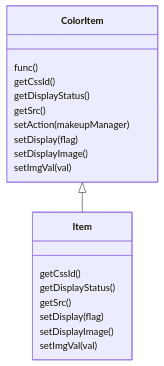
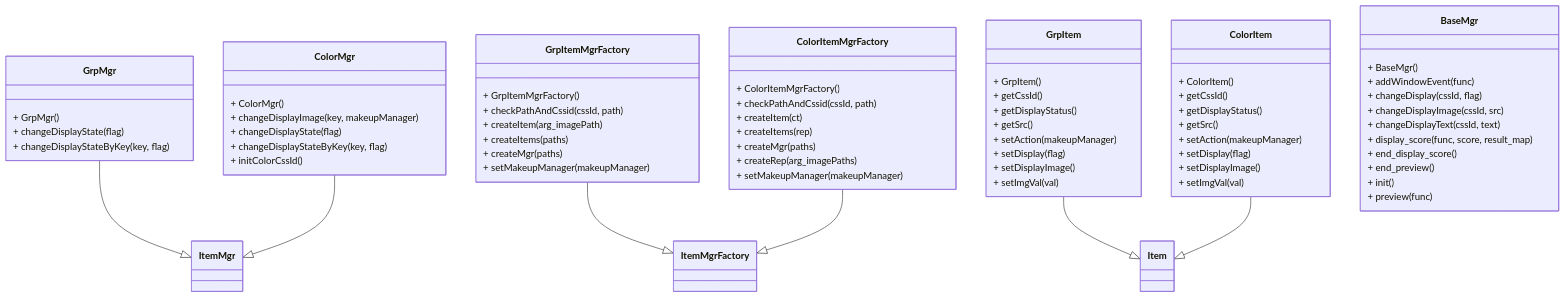
Before and after one commit to data2coordi/pub_makeup: the second of 2 diagrams in README.md, drawn with Mermaid. The commit also changed other lines of this file, not shown here.

````diff
--- a/README.md
+++ b/README.md
@@ -54,24 +26,79 @@
 ```mermaid
 classDiagram
-class ColorItem {
-func()
-getCssId()
-getDisplayStatus()
-getSrc()
-setAction(makeupManager)
-setDisplay(flag)
-setDisplayImage()
-setImgVal(val)
+class GrpMgr {
+  + GrpMgr()
+  + changeDisplayState(flag)
+  + changeDisplayStateByKey(key, flag)
 }
 
-class Item {
-getCssId()
-getDisplayStatus()
-getSrc()
-setDisplay(flag)
-setDisplayImage()
-setImgVal(val)
+class GrpItemMgrFactory {
+  + GrpItemMgrFactory()
+  + checkPathAndCssid(cssId, path)
+  + createItem(arg_imagePath)
+  + createItems(paths)
+  + createMgr(paths)
+  + setMakeupManager(makeupManager)
 }
 
-ColorItem <|-- Item
+class GrpItem {
+  + GrpItem()
+  + getCssId()
+  + getDisplayStatus()
+  + getSrc()
+  + setAction(makeupManager)
+  + setDisplay(flag)
+  + setDisplayImage()
+  + setImgVal(val)
+}
+
+class ColorMgr {
+  + ColorMgr()
+  + changeDisplayImage(key, makeupManager)
+  + changeDisplayState(flag)
+  + changeDisplayStateByKey(key, flag)
+  + initColorCssId()
+}
+
+class ColorItemMgrFactory {
+  + ColorItemMgrFactory()
+  + checkPathAndCssid(cssId, path)
+  + createItem(ct)
+  + createItems(rep)
+  + createMgr(paths)
+  + createRep(arg_imagePaths)
+  + setMakeupManager(makeupManager)
+}
+
+class ColorItem {
+  + ColorItem()
+  + getCssId()
+  + getDisplayStatus()
+  + getSrc()
+  + setAction(makeupManager)
+  + setDisplay(flag)
+  + setDisplayImage()
+  + setImgVal(val)
+}
+
+class BaseMgr {
+  + BaseMgr()
+  + addWindowEvent(func)
+  + changeDisplay(cssId, flag)
+  + changeDisplayImage(cssId, src)
+  + changeDisplayText(cssId, text)
+  + display_score(func, score, result_map)
+  + end_display_score()
+  + end_preview()
+  + init()
+  + preview(func)
+}
+
+GrpMgr --|> ItemMgr
+GrpItemMgrFactory --|> ItemMgrFactory
+GrpItem --|> Item
+ColorMgr --|> ItemMgr
+ColorItemMgrFactory --|> ItemMgrFactory
+ColorItem --|> Item
+BaseMgr
+
 ```
````
